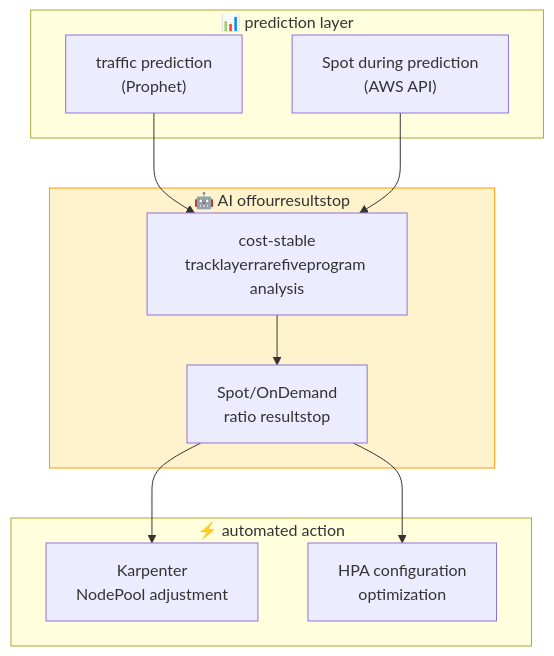
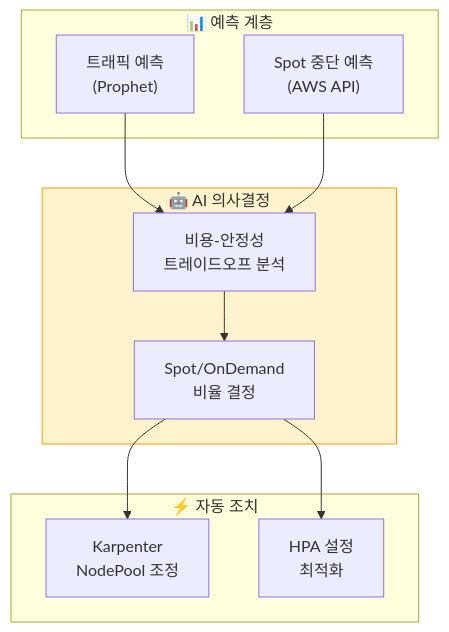
One commit to devfloor9/engineering-playbook changed diagram 13 of 13 in i18n/en/docusaurus-plugin-content-docs/current/aidlc/agentic-ops/aiops-predictive-operations.md. Above: the diagram before and after it, drawn with Mermaid. The commit also changed other lines of this file and 95 other files, not shown here.

````diff
--- a/i18n/en/docusaurus-plugin-content-docs/current/aidlc/agentic-ops/aiops-predictive-operations.md
+++ b/i18n/en/docusaurus-plugin-content-docs/current/aidlc/agentic-ops/aiops-predictive-operations.md
@@ -4510,23 +4528,25 @@
 ```mermaid
 graph TD
-subgraph Prediction["📊 prediction layer"]
-TRAFFIC["traffic prediction<br/>(Prophet)"]
-SPOT["Spot during prediction<br/>(AWS API)"]
-end
+ subgraph Prediction["📊 예측 계층"]
+ TRAFFIC["트래픽 예측<br/>(Prophet)"]
+ SPOT["Spot 중단 예측<br/>(AWS API)"]
+ end
 
-subgraph Decision["🤖 AI offourresultstop"]
-ANALYZE["cost-stable<br/>tracklayerrarefiveprogram analysis"]
-DECIDE["Spot/OnDemand<br/>ratio resultstop"]
-end
+ subgraph Decision["🤖 AI 의사결정"]
+ ANALYZE["비용-안정성<br/>트레이드오프 분석"]
+ DECIDE["Spot/OnDemand<br/>비율 결정"]
+ end
 
-subgraph Action["⚡ automated action"]
-KARP["Karpenter<br/>NodePool adjustment"]
-HPA_ADJ["HPA configuration<br/>optimization"]
-end
+ subgraph Action["⚡ 자동 조치"]
+ KARP["Karpenter<br/>NodePool 조정"]
+ HPA_ADJ["HPA 설정<br/>최적화"]
+ end
 
-TRAFFIC --> ANALYZE
-SPOT --> ANALYZE --> DECIDE --> KARP
-DECIDE --> HPA_ADJ
+ TRAFFIC --> ANALYZE
+ SPOT --> ANALYZE
+ ANALYZE --> DECIDE
+ DECIDE --> KARP
+ DECIDE --> HPA_ADJ
 
-style Decision fill:#fff3cd,stroke:#ff9800
+ style Decision fill:#fff3cd,stroke:#ff9800
 ```
````
